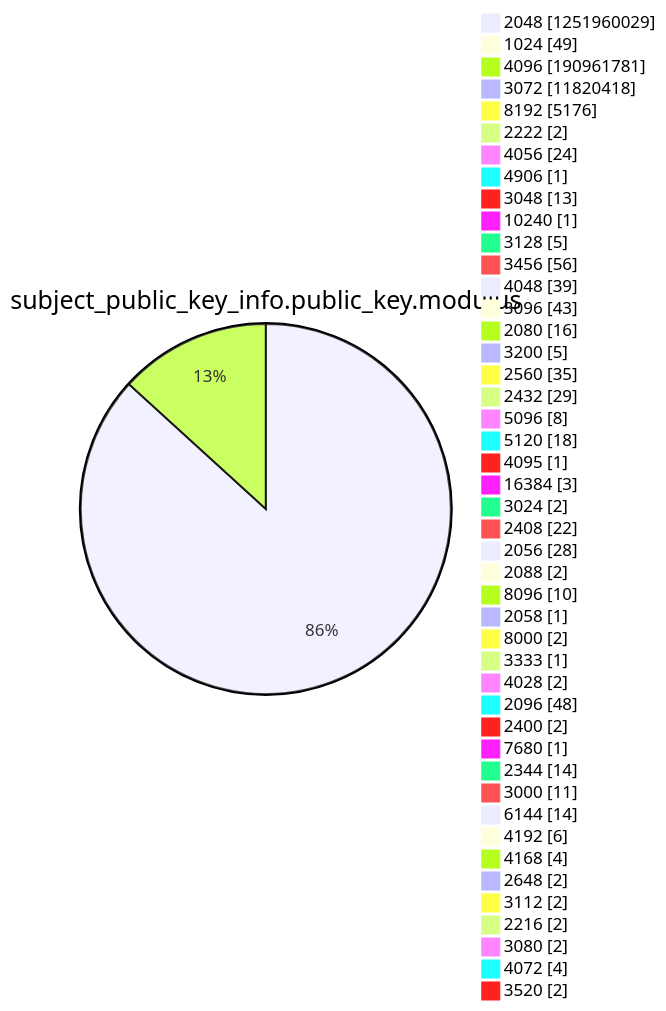
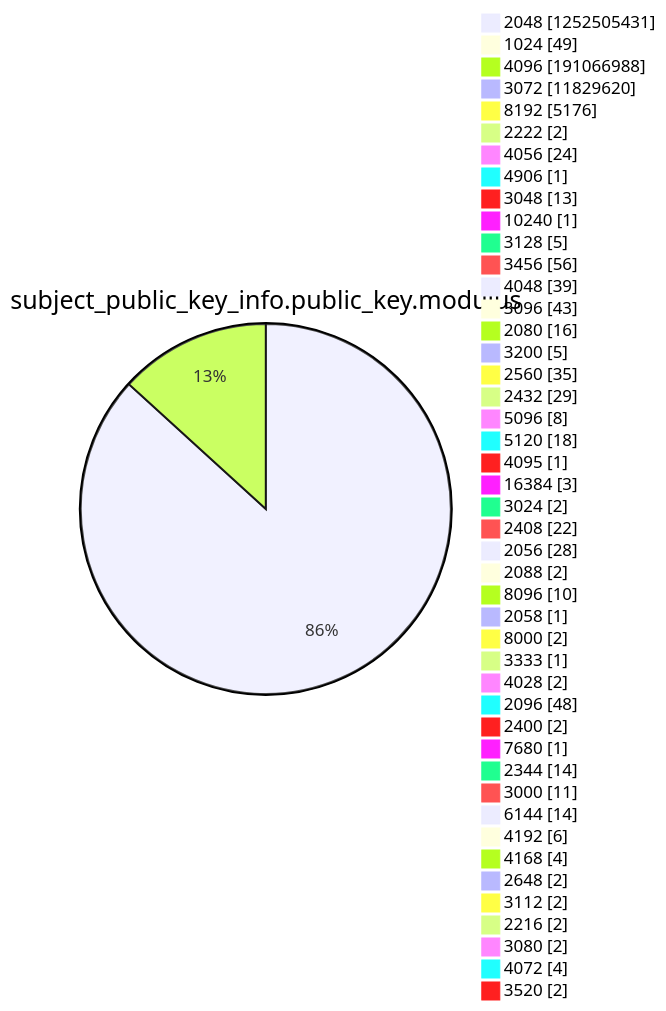
Before and after one commit to christiankrug/ctmonitor_visualization: diagram 13 of 15 in xenon2022/README.md, drawn with Mermaid. The commit also changed other lines of this file, not shown here.

````diff
--- a/xenon2022/README.md
+++ b/xenon2022/README.md
@@ -3919,49 +3919,49 @@
 ```mermaid
 pie showData
 title subject_public_key_info.public_key.modulus
-"2048" :1251960029
+"2048" :1252505431
 "1024" :49
-"4096" :190961781
-"3072" :11820418
+"4096" :191066988
+"3072" :11829620
 "8192" :5176
 "2222" :2
 "4056" :24
 "4906" :1
 "3048" :13
 "10240" :1
 "3128" :5
 "3456" :56
 "4048" :39
 "3096" :43
 "2080" :16
 "3200" :5
 "2560" :35
 "2432" :29
 "5096" :8
 "5120" :18
 "4095" :1
 "16384" :3
 "3024" :2
 "2408" :22
 "2056" :28
 "2088" :2
 "8096" :10
 "2058" :1
 "8000" :2
 "3333" :1
 "4028" :2
 "2096" :48
 "2400" :2
 "7680" :1
 "2344" :14
 "3000" :11
 "6144" :14
 "4192" :6
 "4168" :4
 "2648" :2
 "3112" :2
 "2216" :2
 "3080" :2
 "4072" :4
 "3520" :2
 ```
````
